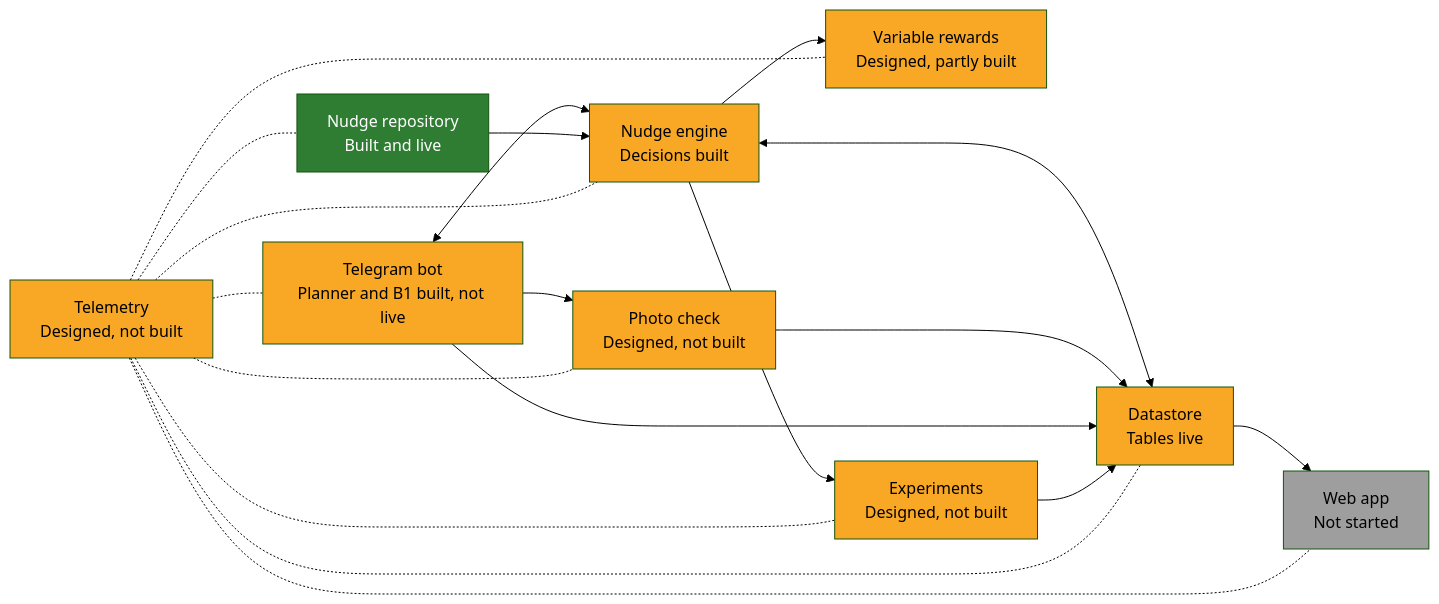
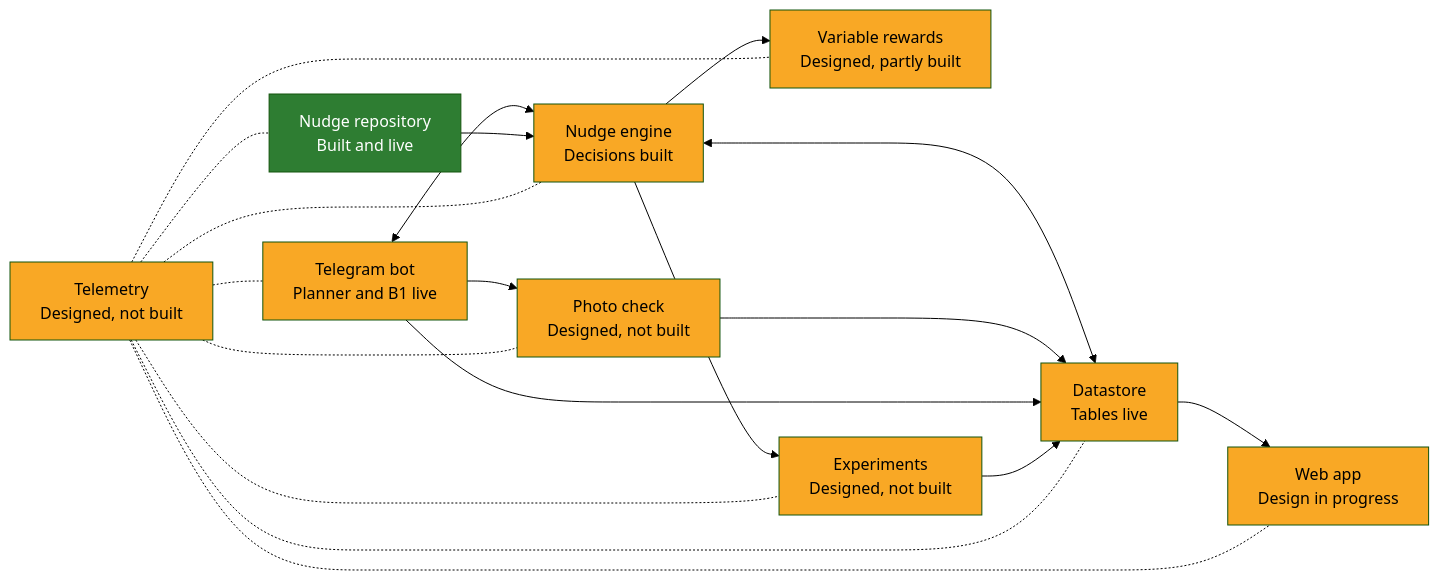
The diagram in docs/ARCHITECTURE.md (WeiLieh/FamilyHabitBuilder), drawn with Mermaid (forest theme) before and after one commit. The commit also changed other lines of this file and 11 other files, not shown here.

First line of the commit message:
Record the Web app Week so far handoff (rules 9.2 to 9.7), recording only

````diff
--- a/docs/ARCHITECTURE.md
+++ b/docs/ARCHITECTURE.md
@@ -5,35 +5,35 @@
 ```mermaid
 flowchart LR
-    telegram["Telegram bot<br/>Planner and B1 built, not live"]:::part
+    telegram["Telegram bot<br/>Planner and B1 live"]:::part
     engine["Nudge engine<br/>Decisions built"]:::part
     repository["Nudge repository<br/>Built and live"]:::done
     photo["Photo check<br/>Designed, not built"]:::part
     rewards["Variable rewards<br/>Designed, partly built"]:::part
     datastore["Datastore<br/>Tables live"]:::part
-    webapp["Web app<br/>Not started"]:::todo
+    webapp["Web app<br/>Design in progress"]:::part
     telemetry["Telemetry<br/>Designed, not built"]:::part
     experiments["Experiments<br/>Designed, not built"]:::part
 
     telegram <--> engine
     repository --> engine
     engine --> rewards
     engine <--> datastore
     telegram --> photo
     photo --> datastore
     telegram --> datastore
     datastore --> webapp
     engine --> experiments
     experiments --> datastore
     telemetry -.- telegram
     telemetry -.- engine
     telemetry -.- repository
     telemetry -.- photo
     telemetry -.- rewards
     telemetry -.- datastore
     telemetry -.- webapp
     telemetry -.- experiments
 
     classDef done fill:#2e7d32,color:#ffffff
     classDef part fill:#f9a825,color:#000000
     classDef todo fill:#9e9e9e,color:#000000
 ```
````
